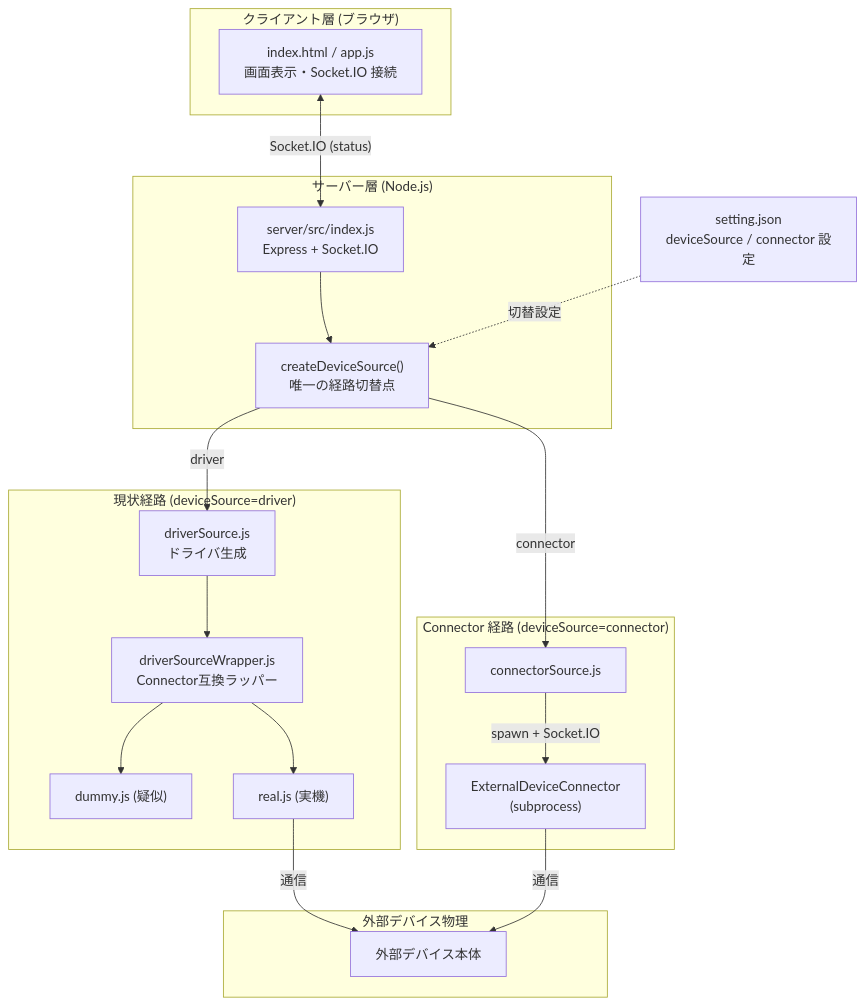
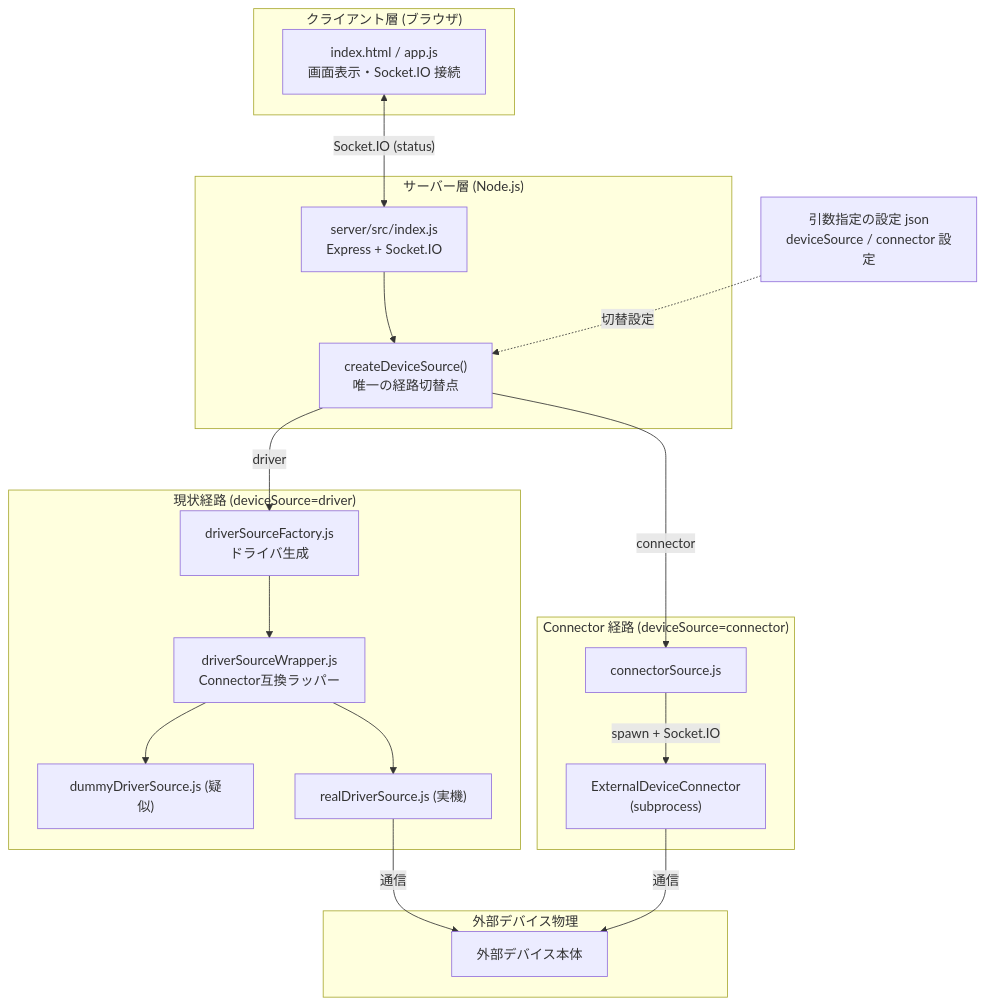
One commit to FourHyphen/private_work changed the first of 4 diagrams in javascript/DeviceConnect/web/ReadMe.md. Above: the diagram before and after it, drawn with Mermaid.

Commit message:
ReadMeをコードに合わせて修正

````diff
--- a/javascript/DeviceConnect/web/ReadMe.md
+++ b/javascript/DeviceConnect/web/ReadMe.md
@@ -16,41 +16,41 @@
 ```mermaid
 flowchart TB
     subgraph Client["クライアント層 (ブラウザ)"]
         Browser["index.html / app.js<br/>画面表示・Socket.IO 接続"]
     end
 
     subgraph ServerLayer["サーバー層 (Node.js)"]
         Server["server/src/index.js<br/>Express + Socket.IO"]
         Factory["createDeviceSource()<br/>唯一の経路切替点"]
     end
 
     subgraph DriverPath["現状経路 (deviceSource=driver)"]
-        CDS["driverSource.js<br/>ドライバ生成"]
+        CDS["driverSourceFactory.js<br/>ドライバ生成"]
         Wrapper["driverSourceWrapper.js<br/>Connector互換ラッパー"]
-        Dummy["dummy.js (疑似)"]
-        Real["real.js (実機)"]
+        Dummy["dummyDriverSource.js (疑似)"]
+        Real["realDriverSource.js (実機)"]
     end
 
     subgraph ConnectorPath["Connector 経路 (deviceSource=connector)"]
         CS["connectorSource.js"]
         Sub["ExternalDeviceConnector<br/>(subprocess)"]
     end
 
     subgraph ExternalHardware["外部デバイス物理"]
         Device["外部デバイス本体"]
     end
 
-    Setting["setting.json<br/>deviceSource / connector 設定"]
+    Setting["引数指定の設定 json<br/>deviceSource / connector 設定"]
 
     Browser <-->|"Socket.IO (status)"| Server
     Server --> Factory
     Factory -->|"driver"| CDS
     CDS --> Wrapper
     Factory -->|"connector"| CS
     Wrapper --> Dummy
     Wrapper --> Real
     Real -->|"通信"| Device
     CS -->|"spawn + Socket.IO"| Sub
     Sub -->|"通信"| Device
     Setting -.->|"切替設定"| Factory
 ```
````
